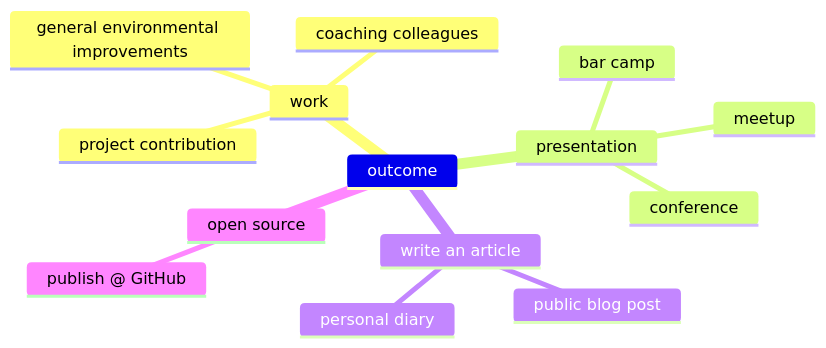
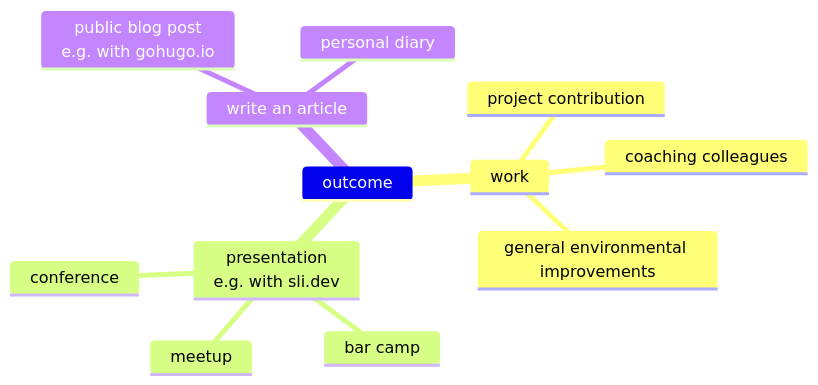
Before and after one commit to sourcefranke/learning-logs-presentation: the diagram in pages/outcome.md, drawn with Mermaid. The commit also changed other lines of this file and 6 other files, not shown here.

````diff
--- a/pages/outcome.md
+++ b/pages/outcome.md
@@ -10,17 +10,15 @@
-```mermaid {scale: 0.9}
+```mermaid {scale: 1}
 mindmap
   outcome
     work
         project contribution
         coaching colleagues
         general environmental improvements
-    presentation
+    presentation<br>e.g. with sli.dev
         conference
         bar camp
         meetup
     write an article
-        public blog post
+        public blog post<br>e.g. with gohugo.io
         personal diary
-    open source
-        publish @ GitHub
 ```
````
